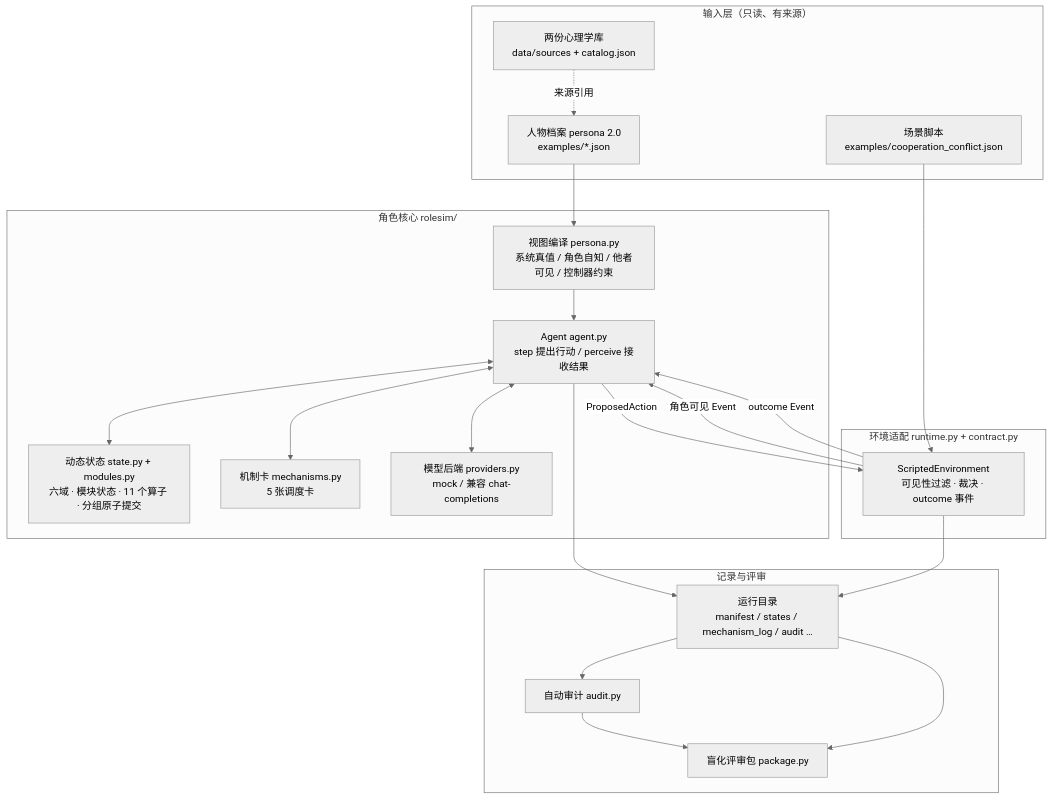
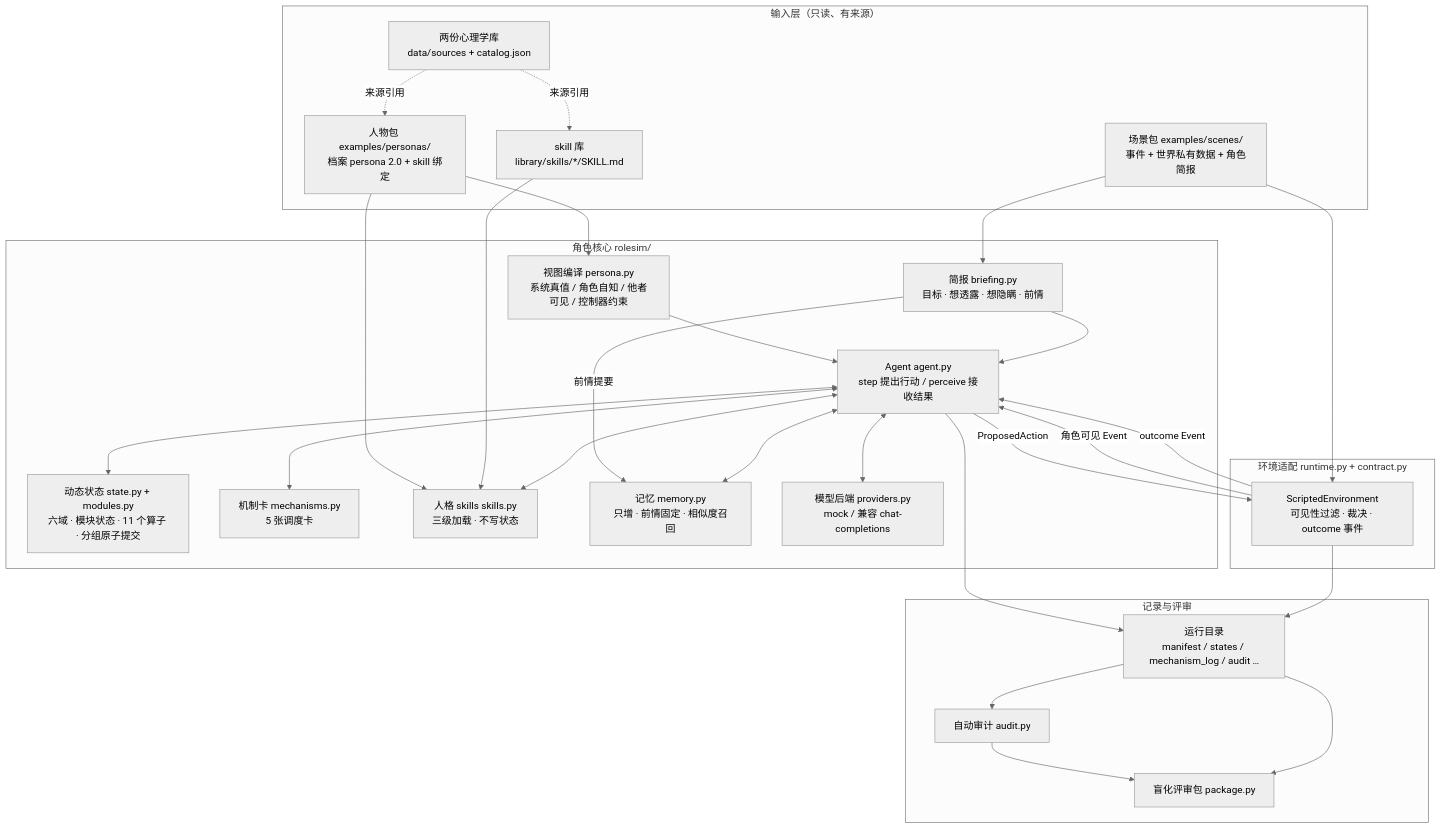
The first of 5 diagrams in docs/07-architecture.md (piersalei/RoleSimulationFramework), drawn with Mermaid (neutral theme) before and after one commit. The commit also changed other lines of this file and 5 other files, not shown here.

Commit message:
docs: skills survey and route decision, timeline/interruption design, phase D plan

````diff
--- a/docs/07-architecture.md
+++ b/docs/07-architecture.md
@@ -13,40 +13,52 @@
 ```mermaid
 flowchart TB
   subgraph IN["输入层（只读、有来源）"]
     SRC["两份心理学库<br/>data/sources + catalog.json"]
-    PER["人物档案 persona 2.0<br/>examples/*.json"]
-    SCN["场景脚本<br/>examples/cooperation_conflict.json"]
+    PER["人物包 examples/personas/<br/>档案 persona 2.0 + skill 绑定"]
+    SKL["skill 库<br/>library/skills/*/SKILL.md"]
+    SCN["场景包 examples/scenes/<br/>事件 + 世界私有数据 + 角色简报"]
   end
 
   subgraph CORE["角色核心 rolesim/"]
     VIEW["视图编译 persona.py<br/>系统真值 / 角色自知 / 他者可见 / 控制器约束"]
     AG["Agent agent.py<br/>step 提出行动 / perceive 接收结果"]
     ST["动态状态 state.py + modules.py<br/>六域 · 模块状态 · 11 个算子 · 分组原子提交"]
     MECH["机制卡 mechanisms.py<br/>5 张调度卡"]
+    SK["人格 skills skills.py<br/>三级加载 · 不写状态"]
+    MEM["记忆 memory.py<br/>只增 · 前情固定 · 相似度召回"]
+    BR["简报 briefing.py<br/>目标 · 想透露 · 想隐瞒 · 前情"]
     BK["模型后端 providers.py<br/>mock / 兼容 chat-completions"]
   end
 
   subgraph ENV["环境适配 runtime.py + contract.py"]
     SE["ScriptedEnvironment<br/>可见性过滤 · 裁决 · outcome 事件"]
   end
 
   subgraph OUT["记录与评审"]
     RUN["运行目录<br/>manifest / states / mechanism_log / audit …"]
     AUD["自动审计 audit.py"]
     PKG["盲化评审包 package.py"]
   end
 
   SRC -. 来源引用 .-> PER
+  SRC -. 来源引用 .-> SKL
   PER --> VIEW --> AG
+  PER --> SK
+  SKL --> SK
   SCN --> SE
+  SCN --> BR
+  BR --> AG
+  BR -- "前情提要" --> MEM
   SE -- "角色可见 Event" --> AG
   AG <--> ST
+  AG <--> MEM
+  AG <--> SK
   AG <--> MECH
   AG <--> BK
   AG -- "ProposedAction" --> SE
   SE -- "outcome Event" --> AG
   AG --> RUN
   SE --> RUN
   RUN --> AUD --> PKG
   RUN --> PKG
 ```
````
